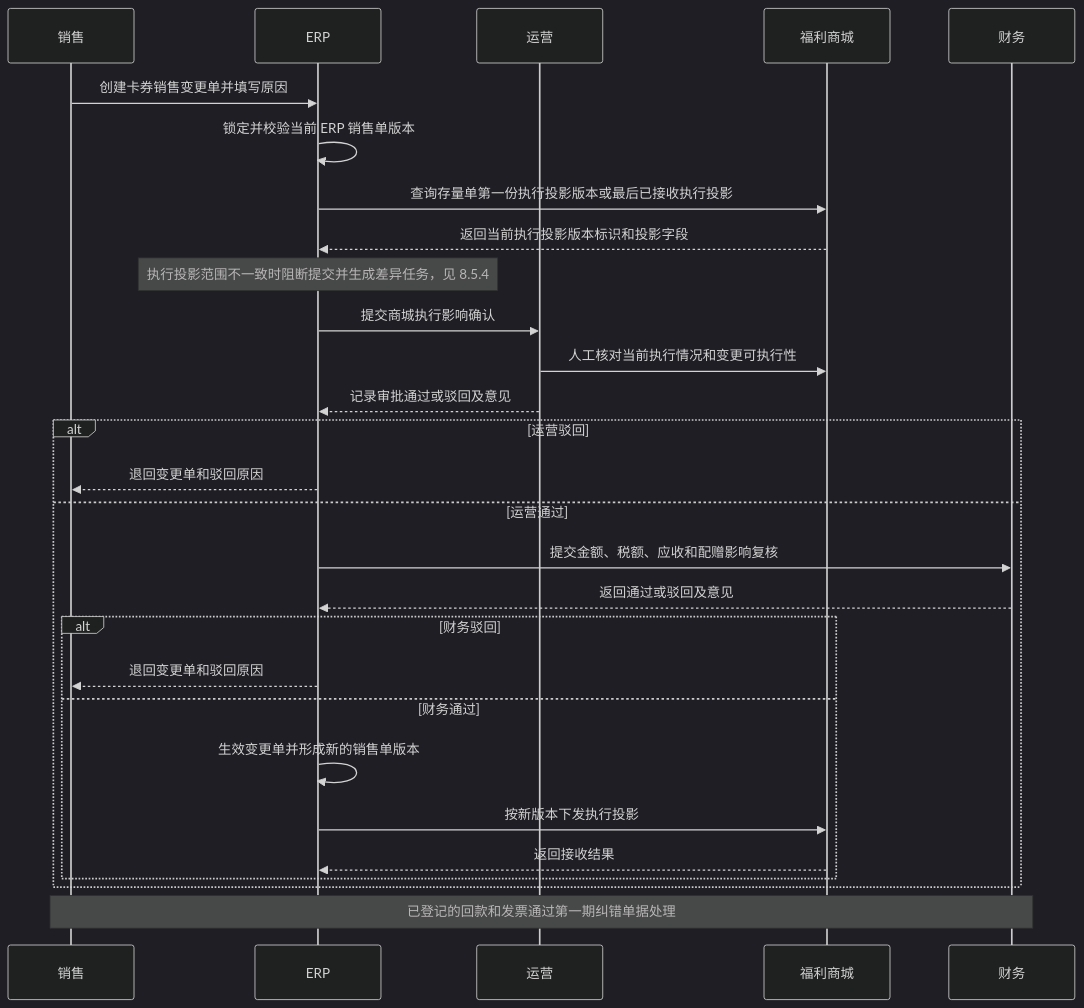
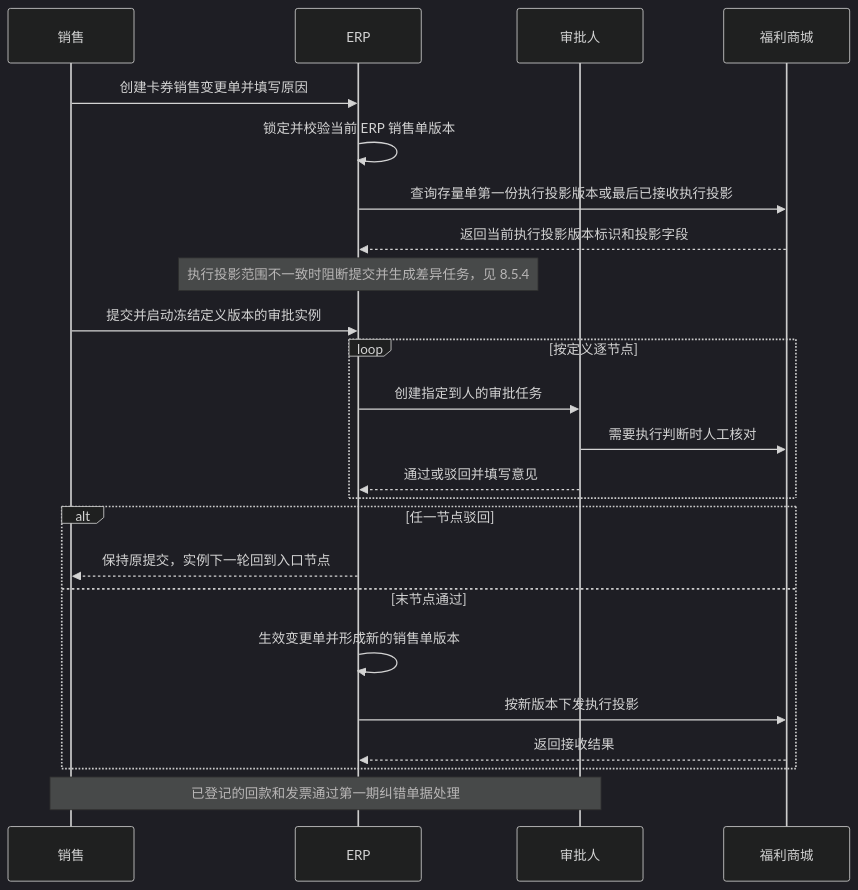
The fourth of 5 diagrams in docs/erp-phase-2.md (mztlive/erp), drawn with Mermaid (dark theme) before and after one commit. The commit also changed other lines of this file and 48 other files, not shown here.

````diff
--- a/docs/erp-phase-2.md
+++ b/docs/erp-phase-2.md
@@ -489,31 +496,27 @@
 ```mermaid
 sequenceDiagram
   participant 销售
   participant ERP
-  participant 运营
+  participant 审批人
   participant 商城 as 福利商城
-  participant 财务
 
   销售->>ERP: 创建卡券销售变更单并填写原因
   ERP->>ERP: 锁定并校验当前 ERP 销售单版本
   ERP->>商城: 查询存量单第一份执行投影版本或最后已接收执行投影
   商城-->>ERP: 返回当前执行投影版本标识和投影字段
   Note over ERP: 执行投影范围不一致时阻断提交并生成差异任务，见 8.5.4
-  ERP->>运营: 提交商城执行影响确认
-  运营->>商城: 人工核对当前执行情况和变更可执行性
-  运营-->>ERP: 记录审批通过或驳回及意见
-  alt 运营驳回
-    ERP-->>销售: 退回变更单和驳回原因
-  else 运营通过
-    ERP->>财务: 提交金额、税额、应收和配赠影响复核
-    财务-->>ERP: 返回通过或驳回及意见
-    alt 财务驳回
-      ERP-->>销售: 退回变更单和驳回原因
-    else 财务通过
-      ERP->>ERP: 生效变更单并形成新的销售单版本
-      ERP->>商城: 按新版本下发执行投影
-      商城-->>ERP: 返回接收结果
-    end
+  销售->>ERP: 提交并启动冻结定义版本的审批实例
+  loop 按定义逐节点
+    ERP->>审批人: 创建指定到人的审批任务
+    审批人->>商城: 需要执行判断时人工核对
+    审批人-->>ERP: 通过或驳回并填写意见
   end
-  Note over 销售,财务: 已登记的回款和发票通过第一期纠错单据处理
+  alt 任一节点驳回
+    ERP-->>销售: 保持原提交，实例下一轮回到入口节点
+  else 末节点通过
+    ERP->>ERP: 生效变更单并形成新的销售单版本
+    ERP->>商城: 按新版本下发执行投影
+    商城-->>ERP: 返回接收结果
+  end
+  Note over 销售,审批人: 已登记的回款和发票通过第一期纠错单据处理
 ```
````
